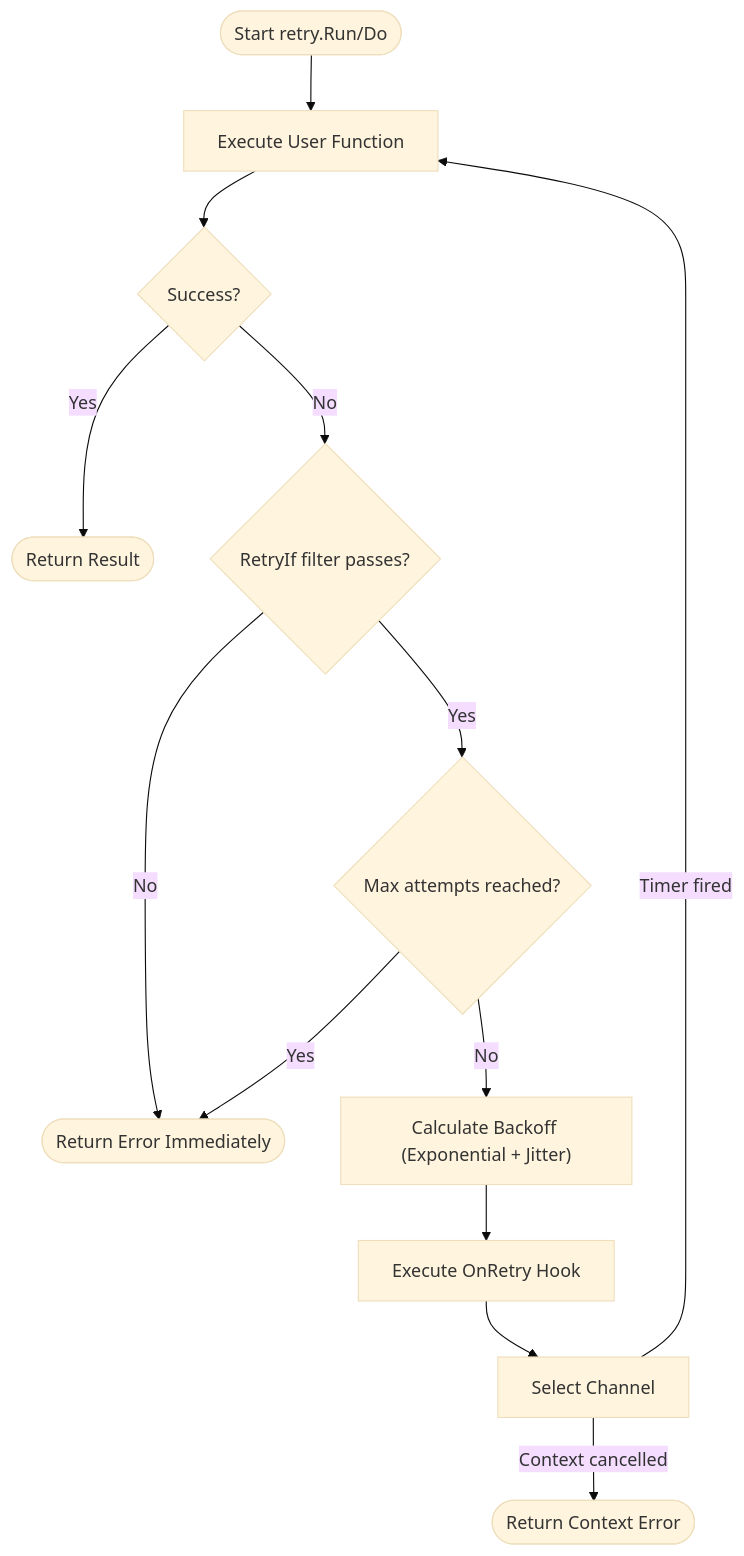
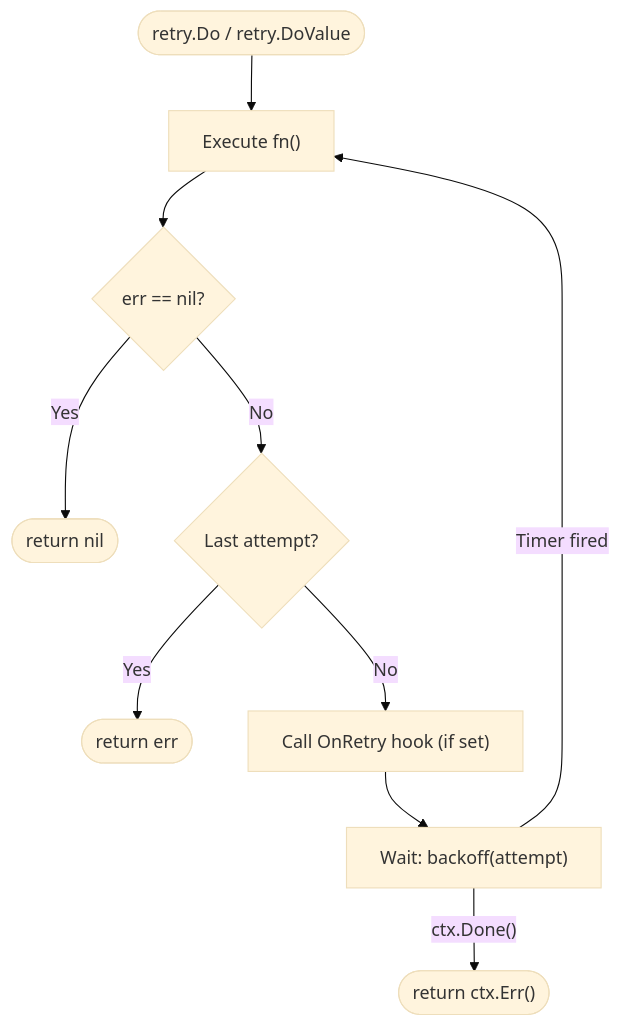
Before and after one commit to chmenegatti/go-retry: the diagram in README.md, drawn with Mermaid (base theme). The commit also changed other lines of this file, not shown here.

````diff
--- a/README.md
+++ b/README.md
@@ -178,20 +183,12 @@
 ```mermaid
 flowchart TD
-    Start(["Start retry.Run/Do"]) --> ExecFunc["Execute User Function"]
-    ExecFunc --> CheckValid{"Success?"}
-    
-    CheckValid -->|"Yes"| Success(["Return Result"])
-    CheckValid -->|"No"| CheckFilter{"RetryIf filter passes?"}
-    
-    CheckFilter -->|"No"| MaxReached(["Return Error Immediately"])
-    CheckFilter -->|"Yes"| CheckMax{"Max attempts reached?"}
-    
-    CheckMax -->|"Yes"| MaxReached
-    CheckMax -->|"No"| CalcBackoff["Calculate Backoff (Exponential + Jitter)"]
-    
-    CalcBackoff --> TriggerHook["Execute OnRetry Hook"]
-    TriggerHook --> SleepPhase["Select Channel"]
-    
-    SleepPhase -->|"Timer fired"| ExecFunc
-    SleepPhase -->|"Context cancelled"| ContextCancelled(["Return Context Error"])
+    Start(["retry.Do / retry.DoValue"]) --> Exec["Execute fn()"]
+    Exec --> Ok{"err == nil?"}
+    Ok -->|"Yes"| ReturnNil(["return nil"])
+    Ok -->|"No"| Last{"Last attempt?"}
+    Last -->|"Yes"| ReturnErr(["return err"])
+    Last -->|"No"| Hook["Call OnRetry hook (if set)"]
+    Hook --> Sleep["Wait: backoff(attempt)"]
+    Sleep -->|"Timer fired"| Exec
+    Sleep -->|"ctx.Done()"| ReturnCtx(["return ctx.Err()"])
 ```
````
